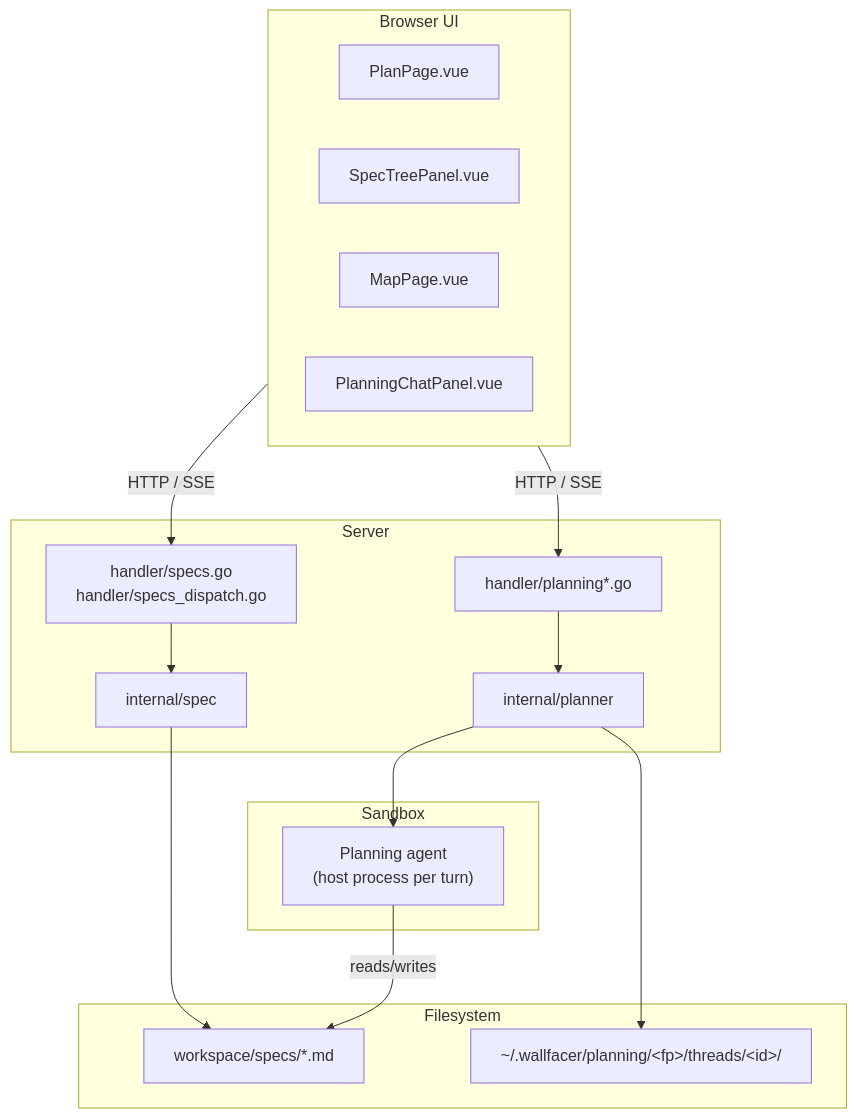
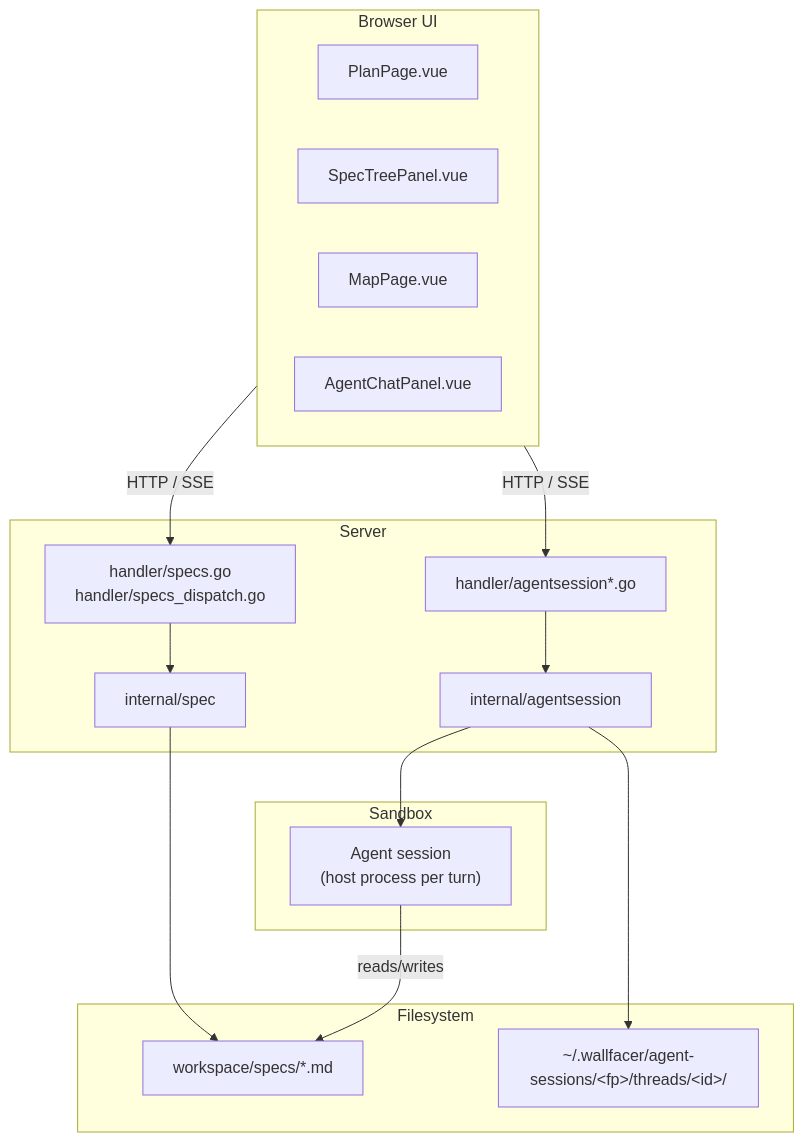
The first of 3 diagrams in docs/internals/plan-mode.md (changkun/wallfacer), drawn with Mermaid before and after one commit. The commit also changed other lines of this file and 5 other files, not shown here.

Commit message:
refactor(agentsession): rename planning -> agent session in internals docs

````diff
--- a/docs/internals/plan-mode.md
+++ b/docs/internals/plan-mode.md
@@ -7,31 +7,31 @@
 ```mermaid
 flowchart TB
   subgraph UI["Browser UI"]
     ModePlan["PlanPage.vue"]
     Explorer["SpecTreePanel.vue"]
     Minimap["MapPage.vue"]
-    Chat["PlanningChatPanel.vue"]
+    Chat["AgentChatPanel.vue"]
   end
   subgraph Server
     SpecsH["handler/specs.go<br/>handler/specs_dispatch.go"]
-    PlanH["handler/planning*.go"]
+    PlanH["handler/agentsession*.go"]
     Spec["internal/spec"]
-    Planner["internal/planner"]
+    Runtime["internal/agentsession"]
   end
   subgraph FS["Filesystem"]
     specsDir["workspace/specs/*.md"]
-    threadsDir["~/.wallfacer/planning/&lt;fp&gt;/threads/&lt;id&gt;/"]
+    threadsDir["~/.wallfacer/agent-sessions/&lt;fp&gt;/threads/&lt;id&gt;/"]
   end
   subgraph Sandbox
-    Box["Planning agent<br/>(host process per turn)"]
+    Box["Agent session<br/>(host process per turn)"]
   end
 
   UI -->|HTTP / SSE| SpecsH
   UI -->|HTTP / SSE| PlanH
   SpecsH --> Spec
   Spec --> specsDir
-  PlanH --> Planner
-  Planner --> Box
-  Planner --> threadsDir
+  PlanH --> Runtime
+  Runtime --> Box
+  Runtime --> threadsDir
   Box -->|reads/writes| specsDir
 ```
````
